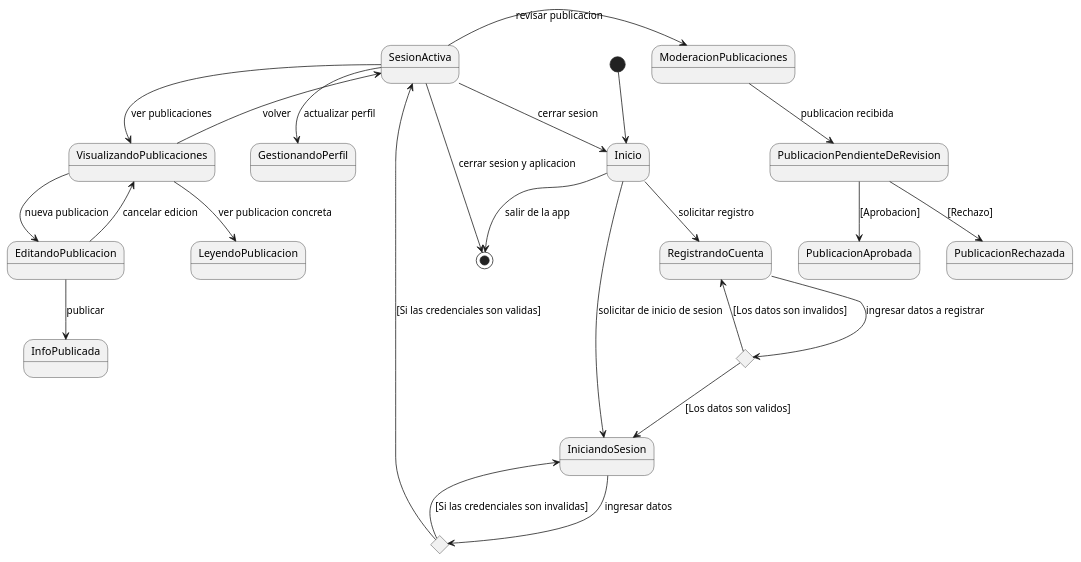
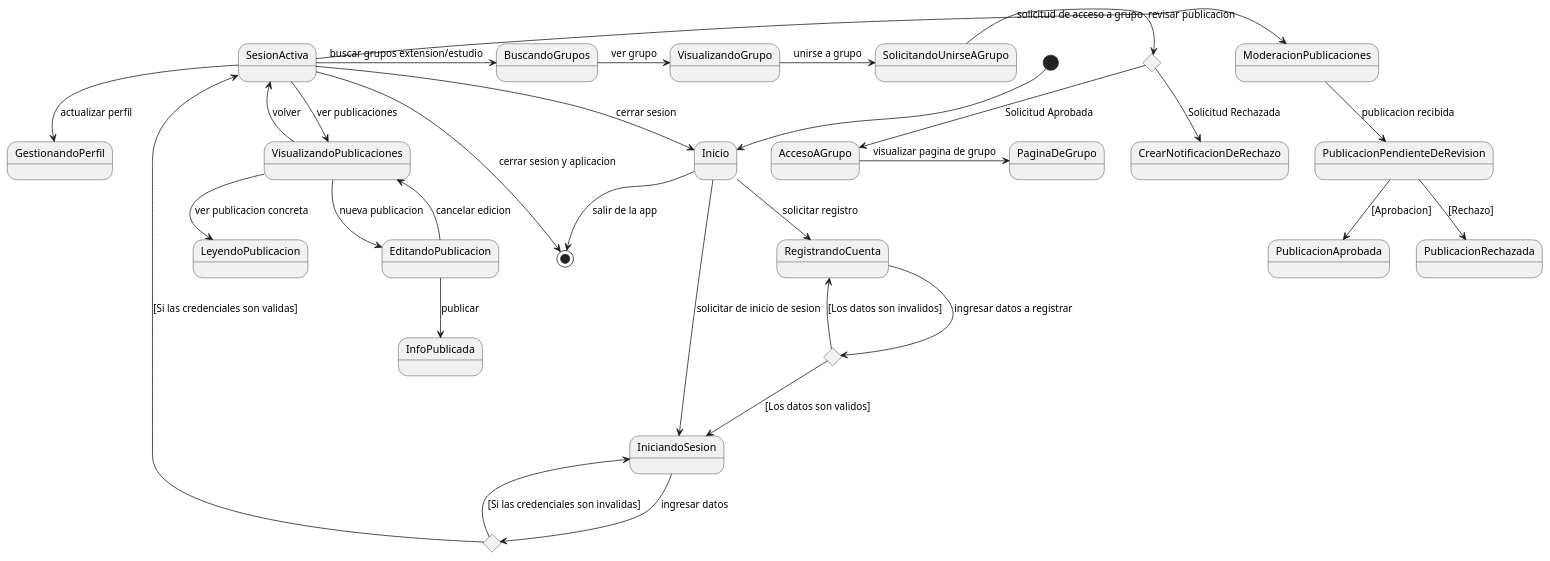
Before and after one commit to Jals7/Campus-Virtual-Ciencias: the diagram in docs/scenariosView/ModeloDeDominioDiagramaDeEstado.plantuml, drawn with PlantUML.

Commit message:
Estado Grupos

```diff
--- a/docs/scenariosView/ModeloDeDominioDiagramaDeEstado.plantuml
+++ b/docs/scenariosView/ModeloDeDominioDiagramaDeEstado.plantuml
@@ -1,38 +1,48 @@
 @startuml Diagrama de estado
 
 [*] --> Inicio
  Inicio--> IniciandoSesion : solicitar de inicio de sesion
  Inicio --> RegistrandoCuenta: solicitar registro
 
 state a <<choice>> 
 
 IniciandoSesion --> a : ingresar datos
 
 a--> SesionActiva : [Si las credenciales son validas]
 a--> IniciandoSesion : [Si las credenciales son invalidas]
 
 state b <<choice>>
 
 RegistrandoCuenta --> b : ingresar datos a registrar
  
 b--> IniciandoSesion : [Los datos son validos]
 b-->RegistrandoCuenta : [Los datos son invalidos]
 
 SesionActiva --> Inicio : cerrar sesion
 
 Inicio --> [*] : salir de la app
 
 SesionActiva --> [*] : cerrar sesion y aplicacion
 SesionActiva --> VisualizandoPublicaciones : ver publicaciones
 VisualizandoPublicaciones --> SesionActiva : volver
 VisualizandoPublicaciones --> EditandoPublicacion : nueva publicacion
 EditandoPublicacion --> InfoPublicada : publicar
 VisualizandoPublicaciones --> LeyendoPublicacion : ver publicacion concreta
 EditandoPublicacion --> VisualizandoPublicaciones : cancelar edicion
 SesionActiva --> GestionandoPerfil : actualizar perfil
 SesionActiva -> ModeracionPublicaciones: revisar publicacion
 ModeracionPublicaciones --> PublicacionPendienteDeRevision: publicacion recibida
 PublicacionPendienteDeRevision --> PublicacionAprobada: [Aprobacion]
 PublicacionPendienteDeRevision --> PublicacionRechazada: [Rechazo]
+SesionActiva -> BuscandoGrupos : buscar grupos extension/estudio
+BuscandoGrupos -> VisualizandoGrupo : ver grupo
+VisualizandoGrupo -> SolicitandoUnirseAGrupo : unirse a grupo
+
+state c <<choice>>
+
+SolicitandoUnirseAGrupo -> c : solicitud de acceso a grupo
+c --> AccesoAGrupo : Solicitud Aprobada
+c --> CrearNotificacionDeRechazo : Solicitud Rechazada
+AccesoAGrupo -> PaginaDeGrupo : visualizar pagina de grupo
 
 @enduml
```
